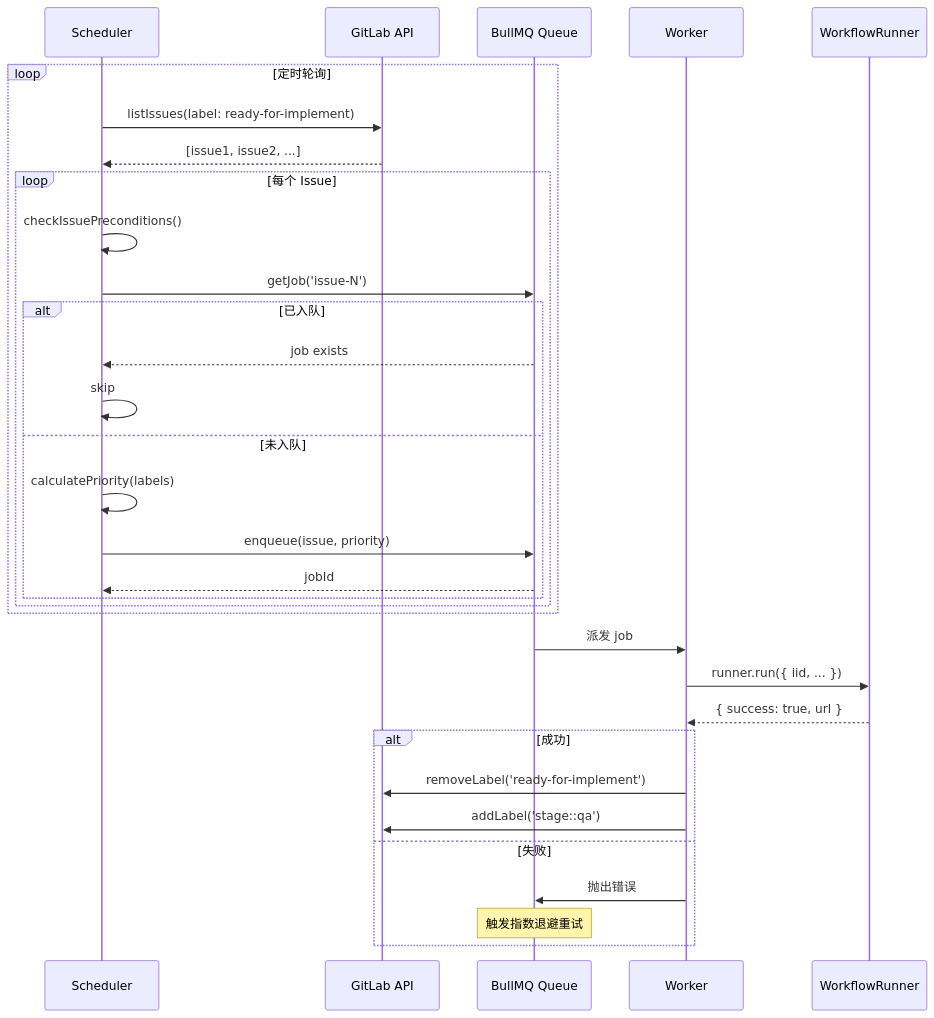
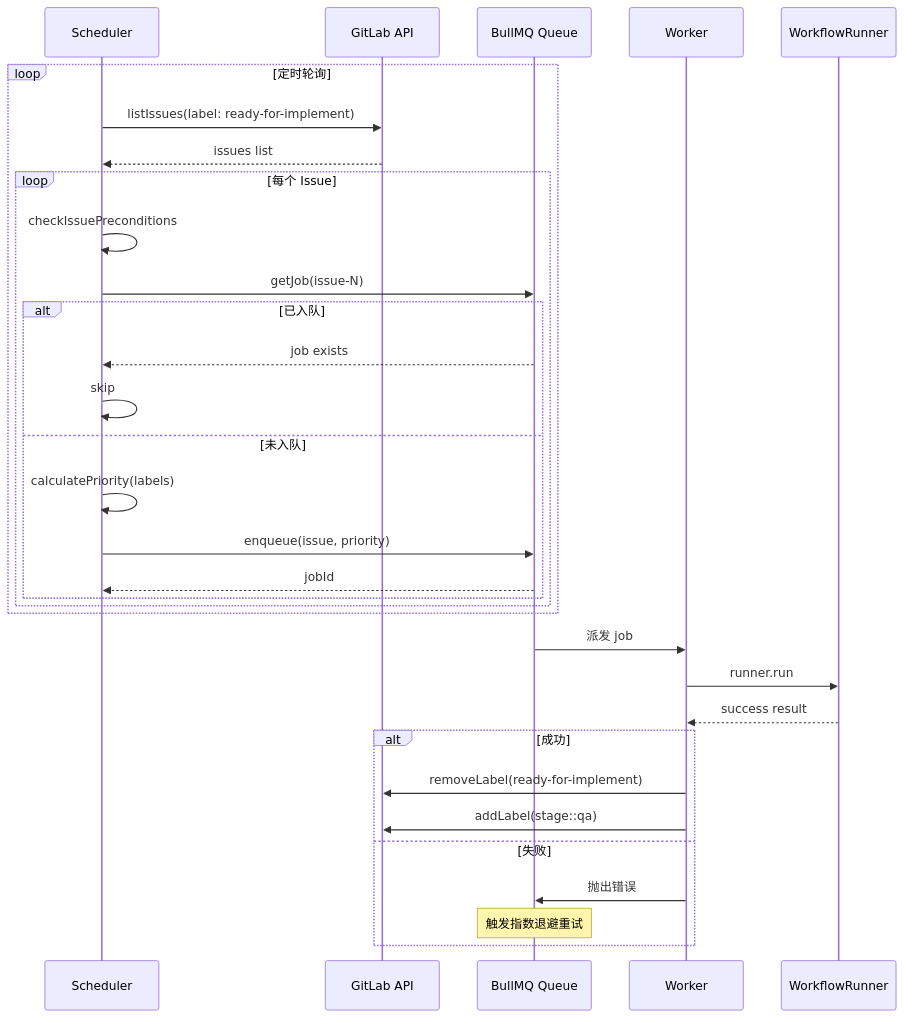
Before and after one commit to easyhaloo/afk: the eighth of 10 diagrams in docs/ARCHITECTURE.md, drawn with Mermaid. The commit also changed other lines of this file and 1 other file, not shown here.

First line of the commit message:
fix(docs): 修复 Mermaid 图解析错误

````diff
--- a/docs/ARCHITECTURE.md
+++ b/docs/ARCHITECTURE.md
@@ -371,38 +385,38 @@
 ```mermaid
 sequenceDiagram
     participant S as Scheduler
     participant GL as GitLab API
     participant Q as BullMQ Queue
     participant W as Worker
     participant R as WorkflowRunner
 
     loop 定时轮询
         S->>GL: listIssues(label: ready-for-implement)
-        GL-->>S: [issue1, issue2, ...]
+        GL-->>S: issues list
 
         loop 每个 Issue
-            S->>S: checkIssuePreconditions()
-            S->>Q: getJob('issue-N')
+            S->>S: checkIssuePreconditions
+            S->>Q: getJob(issue-N)
             alt 已入队
                 Q-->>S: job exists
                 S->>S: skip
             else 未入队
                 S->>S: calculatePriority(labels)
                 S->>Q: enqueue(issue, priority)
                 Q-->>S: jobId
             end
         end
     end
 
     Q->>W: 派发 job
-    W->>R: runner.run({ iid, ... })
-    R-->>W: { success: true, url }
+    W->>R: runner.run
+    R-->>W: success result
 
     alt 成功
-        W->>GL: removeLabel('ready-for-implement')
-        W->>GL: addLabel('stage::qa')
+        W->>GL: removeLabel(ready-for-implement)
+        W->>GL: addLabel(stage::qa)
     else 失败
         W->>Q: 抛出错误
         Note over Q: 触发指数退避重试
     end
 ```
````
